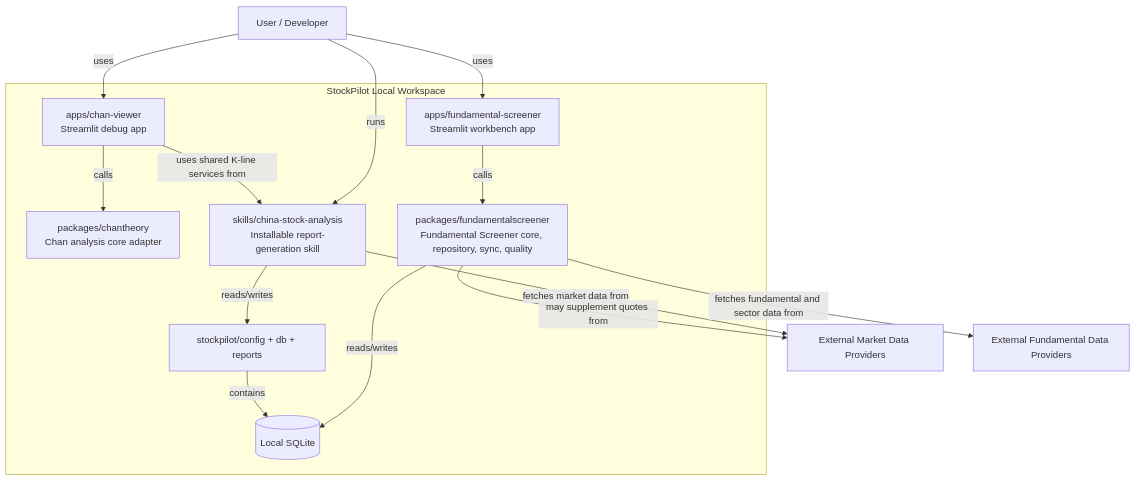
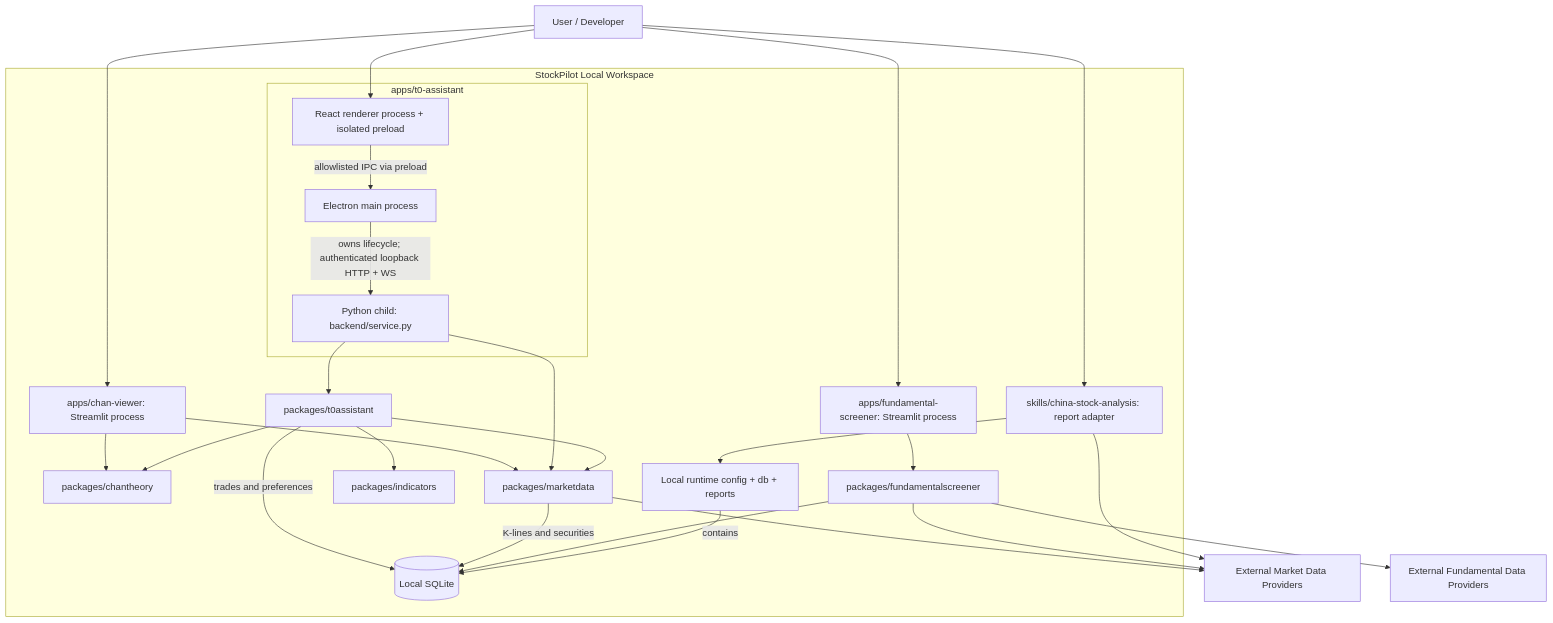
The diagram in docs/architecture/c4-container.md (shenjee/stockpilot), drawn with Mermaid before and after one commit. The commit also changed other lines of this file and 10 other files, not shown here.

Commit message:
docs: align app architecture and acceptance evidence (#191)

````diff
--- a/docs/architecture/c4-container.md
+++ b/docs/architecture/c4-container.md
@@ -15,33 +18,48 @@
 ```mermaid
 graph TD
     User[User / Developer]
     MarketProviders[External Market Data Providers]
     FundamentalProviders[External Fundamental Data Providers]
 
     subgraph StockPilot[StockPilot Local Workspace]
-        Chantheory[packages/chantheory<br/>Chan analysis core adapter]
-        FundamentalCore[packages/fundamentalscreener<br/>Fundamental Screener core, repository, sync, quality]
-        ChanApp[apps/chan-viewer<br/>Streamlit debug app]
-        FsApp[apps/fundamental-screener<br/>Streamlit workbench app]
-        Skill[skills/china-stock-analysis<br/>Installable report-generation skill]
-        RuntimeData[stockpilot/config + db + reports]
+        Chantheory[packages/chantheory]
+        MarketData[packages/marketdata]
+        Indicators[packages/indicators]
+        T0Core[packages/t0assistant]
+        FundamentalCore[packages/fundamentalscreener]
+        ChanApp[apps/chan-viewer: Streamlit process]
+        FsApp[apps/fundamental-screener: Streamlit process]
+        Skill[skills/china-stock-analysis: report adapter]
+        subgraph T0[apps/t0-assistant]
+            Renderer[React renderer process + isolated preload]
+            Main[Electron main process]
+            Python[Python child: backend/service.py]
+        end
+        RuntimeData[Local runtime config + db + reports]
         SQLite[(Local SQLite)]
     end
 
-    User -->|uses| ChanApp
-    User -->|uses| FsApp
-    User -->|runs| Skill
-
-    ChanApp -->|calls| Chantheory
-    ChanApp -->|uses shared K-line services from| Skill
-
-    FsApp -->|calls| FundamentalCore
-
-    Skill -->|reads/writes| RuntimeData
-    FundamentalCore -->|reads/writes| SQLite
+    User --> ChanApp
+    User --> FsApp
+    User --> Renderer
+    User --> Skill
+    ChanApp --> Chantheory
+    ChanApp --> MarketData
+    FsApp --> FundamentalCore
+    Renderer -->|allowlisted IPC via preload| Main
+    Main -->|owns lifecycle; authenticated loopback HTTP + WS| Python
+    Python --> T0Core
+    Python --> MarketData
+    T0Core --> MarketData
+    T0Core --> Chantheory
+    T0Core --> Indicators
+    T0Core -->|trades and preferences| SQLite
+    MarketData -->|K-lines and securities| SQLite
+    MarketData --> MarketProviders
+    FundamentalCore --> SQLite
+    FundamentalCore --> FundamentalProviders
+    FundamentalCore --> MarketProviders
+    Skill --> RuntimeData
+    Skill --> MarketProviders
     RuntimeData -->|contains| SQLite
-
-    Skill -->|fetches market data from| MarketProviders
-    FundamentalCore -->|fetches fundamental and sector data from| FundamentalProviders
-    FundamentalCore -->|may supplement quotes from| MarketProviders
 ```
````
